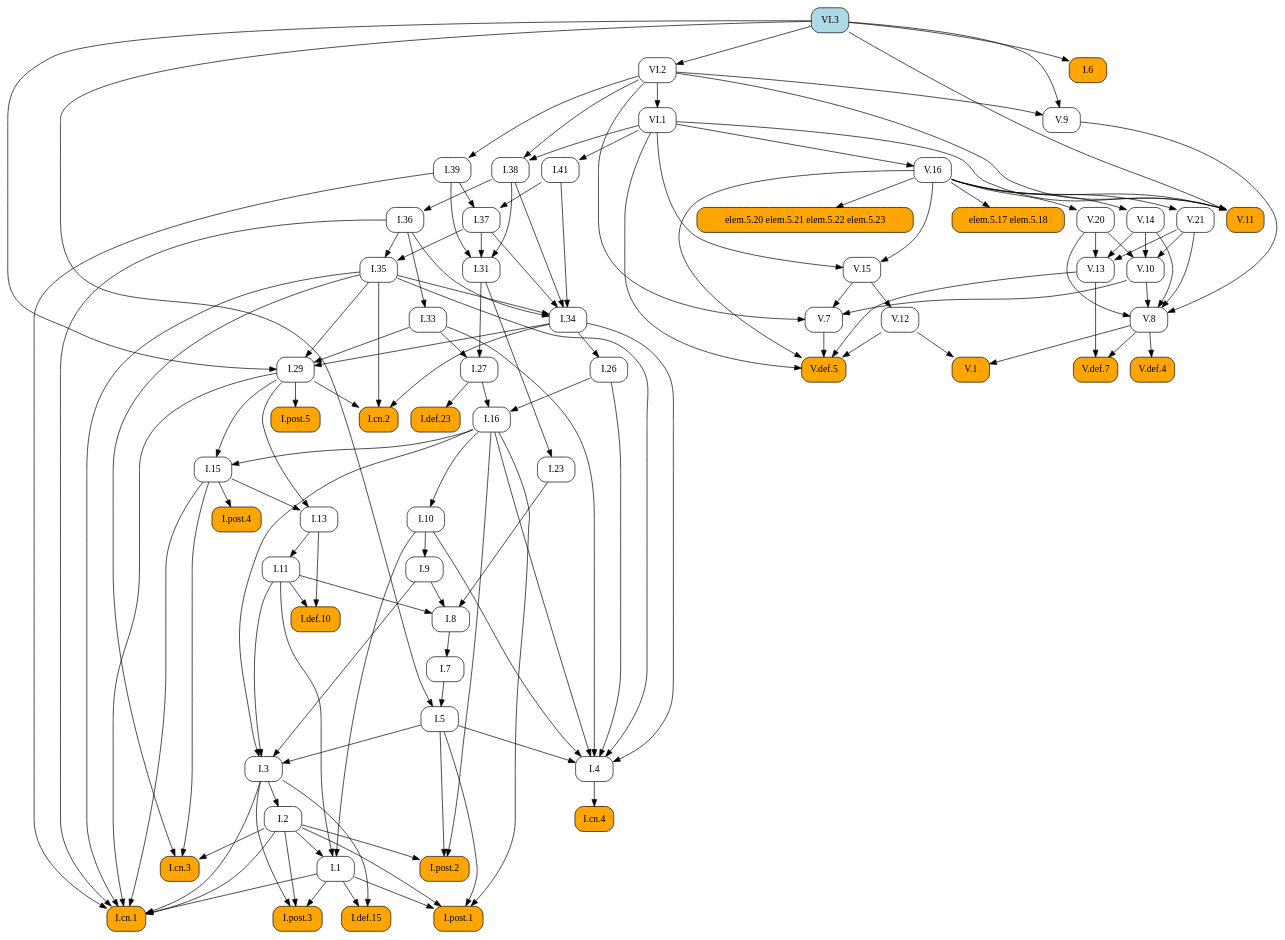
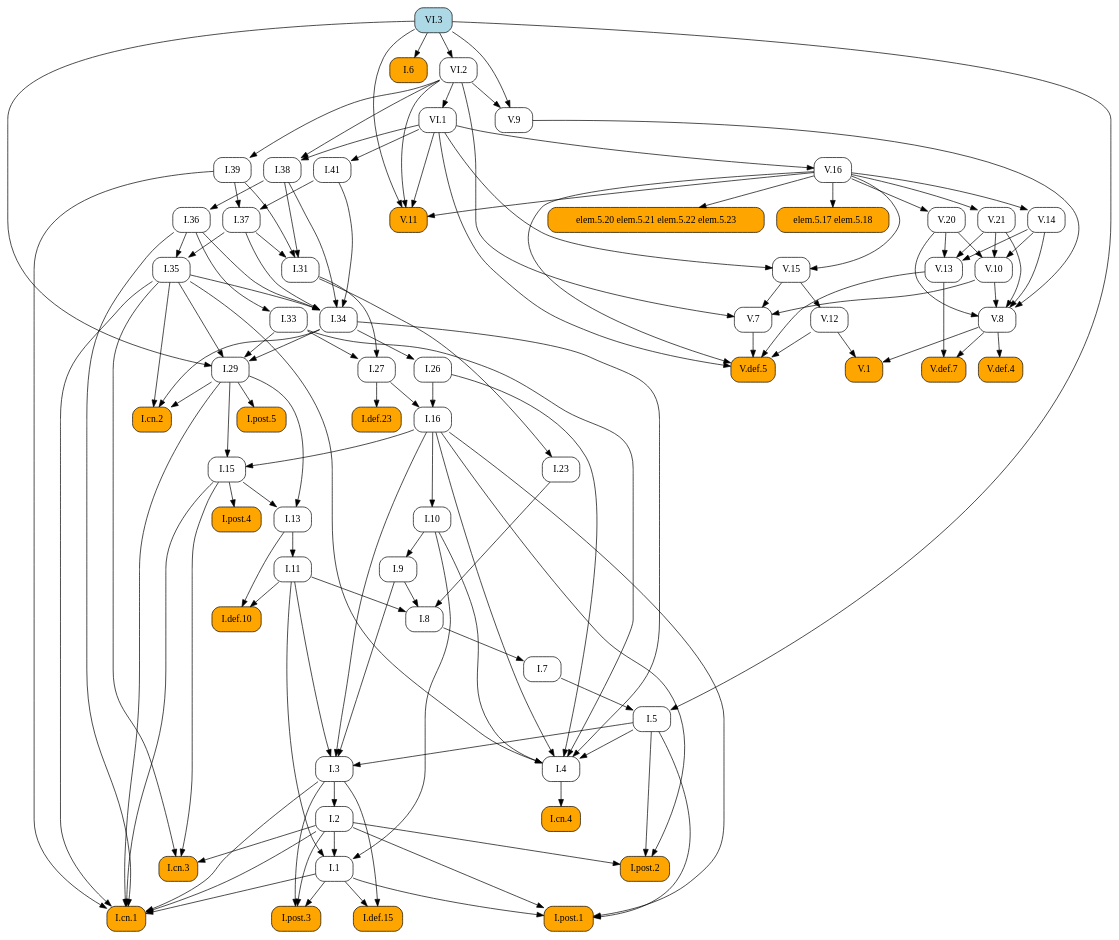
One commit to geometor/elements changed the diagram in docsrc/elements2/VI/3/index.rst. Above: the diagram before and after it, drawn with Graphviz. The commit also changed other lines of this file and 409 other files, not shown here.

First line of the commit message:
feat: Add image cropping and graphic extraction script

```diff
--- a/docsrc/elements2/VI/3/index.rst
+++ b/docsrc/elements2/VI/3/index.rst
@@ -81,141 +81,93 @@
    digraph {
      rankdir="TB";
      node [shape=box, style=rounded];
+     "I.37" [URL="/elements2/I/37/", target="_top"];
+     "V.21" [URL="/elements2/V/21/", target="_top"];
+     "I.31" [URL="/elements2/I/31/", target="_top"];
+     "I.41" [URL="/elements2/I/41/", target="_top"];
      "I.8" [URL="/elements2/I/8/", target="_top"];
+     "V.10" [URL="/elements2/V/10/", target="_top"];
+     "I.5" [URL="/elements2/I/5/", target="_top"];
+     "I.15" [URL="/elements2/I/15/", target="_top"];
+     "V.8" [URL="/elements2/V/8/", target="_top"];
+     "VI.1" [URL="/elements2/VI/1/", target="_top"];
+     "V.def.7" [style="rounded,filled", fillcolor=orange, URL="/elements2/V/def.7/", target="_top"];
+     "V.12" [URL="/elements2/V/12/", target="_top"];
+     "I.26" [URL="/elements2/I/26/", target="_top"];
+     "I.cn.1" [style="rounded,filled", fillcolor=orange, URL="/elements2/I/cn.1/", target="_top"];
+     "elem.5.20 elem.5.21 elem.5.22 elem.5.23" [style="rounded,filled", fillcolor=orange];
+     "I.7" [URL="/elements2/I/7/", target="_top"];
+     "V.def.5" [style="rounded,filled", fillcolor=orange, URL="/elements2/V/def.5/", target="_top"];
+     "I.23" [URL="/elements2/I/23/", target="_top"];
+     "I.16" [URL="/elements2/I/16/", target="_top"];
+     "V.9" [URL="/elements2/V/9/", target="_top"];
+     "I.34" [URL="/elements2/I/34/", target="_top"];
+     "I.35" [URL="/elements2/I/35/", target="_top"];
+     "I.33" [URL="/elements2/I/33/", target="_top"];
+     "V.15" [URL="/elements2/V/15/", target="_top"];
+     "I.6" [style="rounded,filled", fillcolor=orange, URL="/elements2/I/6/", target="_top"];
+     "V.14" [URL="/elements2/V/14/", target="_top"];
+     "I.def.15" [style="rounded,filled", fillcolor=orange, URL="/elements2/I/def.15/", target="_top"];
+     "elem.5.17 elem.5.18" [style="rounded,filled", fillcolor=orange];
+     "I.38" [URL="/elements2/I/38/", target="_top"];
+     "VI.3" [style="rounded,filled", fillcolor=lightblue, URL="/elements2/VI/3/", target="_top"];
+     "I.def.10" [style="rounded,filled", fillcolor=orange, URL="/elements2/I/def.10/", target="_top"];
+     "I.11" [URL="/elements2/I/11/", target="_top"];
+     "I.post.4" [style="rounded,filled", fillcolor=orange, URL="/elements2/I/post.4/", target="_top"];
+     "V.16" [URL="/elements2/V/16/", target="_top"];
      "V.20" [URL="/elements2/V/20/", target="_top"];
+     "I.post.5" [style="rounded,filled", fillcolor=orange, URL="/elements2/I/post.5/", target="_top"];
+     "I.def.23" [style="rounded,filled", fillcolor=orange, URL="/elements2/I/def.23/", target="_top"];
+     "I.3" [URL="/elements2/I/3/", target="_top"];
+     "I.10" [URL="/elements2/I/10/", target="_top"];
+     "V.11" [style="rounded,filled", fillcolor=orange, URL="/elements2/V/11/", target="_top"];
+     "I.cn.3" [style="rounded,filled", fillcolor=orange, URL="/elements2/I/cn.3/", target="_top"];
+     "I.13" [URL="/elements2/I/13/", target="_top"];
+     "I.4" [URL="/elements2/I/4/", target="_top"];
+     "I.post.3" [style="rounded,filled", fillcolor=orange, URL="/elements2/I/post.3/", target="_top"];
+     "I.9" [URL="/elements2/I/9/", target="_top"];
+     "I.29" [URL="/elements2/I/29/", target="_top"];
+     "I.39" [URL="/elements2/I/39/", target="_top"];
      "I.36" [URL="/elements2/I/36/", target="_top"];
-     "V.def.5" [style="rounded,filled", fillcolor=orange, URL="/elements2/V/def.5/", target="_top"];
+     "V.13" [URL="/elements2/V/13/", target="_top"];
      "I.post.1" [style="rounded,filled", fillcolor=orange, URL="/elements2/I/post.1/", target="_top"];
+     "I.2" [URL="/elements2/I/2/", target="_top"];
      "V.def.4" [style="rounded,filled", fillcolor=orange, URL="/elements2/V/def.4/", target="_top"];
-     "I.33" [URL="/elements2/I/33/", target="_top"];
-     "I.5" [URL="/elements2/I/5/", target="_top"];
-     "I.38" [URL="/elements2/I/38/", target="_top"];
-     "I.post.5" [style="rounded,filled", fillcolor=orange, URL="/elements2/I/post.5/", target="_top"];
-     "VI.1" [URL="/elements2/VI/1/", target="_top"];
-     "V.11" [style="rounded,filled", fillcolor=orange, URL="/elements2/V/11/", target="_top"];
-     "I.def.10" [style="rounded,filled", fillcolor=orange, URL="/elements2/I/def.10/", target="_top"];
-     "elem.5.17 elem.5.18" [style="rounded,filled", fillcolor=orange];
-     "V.13" [URL="/elements2/V/13/", target="_top"];
+     "VI.2" [URL="/elements2/VI/2/", target="_top"];
+     "I.27" [URL="/elements2/I/27/", target="_top"];
+     "V.1" [style="rounded,filled", fillcolor=orange, URL="/elements2/V/1/", target="_top"];
+     "I.cn.4" [style="rounded,filled", fillcolor=orange, URL="/elements2/I/cn.4/", target="_top"];
      "I.cn.2" [style="rounded,filled", fillcolor=orange, URL="/elements2/I/cn.2/", target="_top"];
-     "V.9" [URL="/elements2/V/9/", target="_top"];
-     "I.def.15" [style="rounded,filled", fillcolor=orange, URL="/elements2/I/def.15/", target="_top"];
-     "V.16" [URL="/elements2/V/16/", target="_top"];
-     "I.31" [URL="/elements2/I/31/", target="_top"];
-     "V.15" [URL="/elements2/V/15/", target="_top"];
-     "I.11" [URL="/elements2/I/11/", target="_top"];
-     "I.3" [URL="/elements2/I/3/", target="_top"];
+     "V.7" [URL="/elements2/V/7/", target="_top"];
+     "I.1" [URL="/elements2/I/1/", target="_top"];
      "I.post.2" [style="rounded,filled", fillcolor=orange, URL="/elements2/I/post.2/", target="_top"];
-     "I.def.23" [style="rounded,filled", fillcolor=orange, URL="/elements2/I/def.23/", target="_top"];
-     "I.6" [style="rounded,filled", fillcolor=orange, URL="/elements2/I/6/", target="_top"];
-     "I.26" [URL="/elements2/I/26/", target="_top"];
-     "VI.3" [style="rounded,filled", fillcolor=lightblue, URL="/elements2/VI/3/", target="_top"];
-     "V.14" [URL="/elements2/V/14/", target="_top"];
-     "V.10" [URL="/elements2/V/10/", target="_top"];
-     "I.cn.3" [style="rounded,filled", fillcolor=orange, URL="/elements2/I/cn.3/", target="_top"];
-     "I.cn.4" [style="rounded,filled", fillcolor=orange, URL="/elements2/I/cn.4/", target="_top"];
-     "I.1" [URL="/elements2/I/1/", target="_top"];
-     "I.23" [URL="/elements2/I/23/", target="_top"];
-     "I.7" [URL="/elements2/I/7/", target="_top"];
-     "I.9" [URL="/elements2/I/9/", target="_top"];
-     "I.16" [URL="/elements2/I/16/", target="_top"];
-     "V.7" [URL="/elements2/V/7/", target="_top"];
-     "I.cn.1" [style="rounded,filled", fillcolor=orange, URL="/elements2/I/cn.1/", target="_top"];
-     "I.29" [URL="/elements2/I/29/", target="_top"];
-     "I.post.4" [style="rounded,filled", fillcolor=orange, URL="/elements2/I/post.4/", target="_top"];
-     "V.1" [style="rounded,filled", fillcolor=orange, URL="/elements2/V/1/", target="_top"];
-     "I.13" [URL="/elements2/I/13/", target="_top"];
-     "V.12" [URL="/elements2/V/12/", target="_top"];
-     "V.21" [URL="/elements2/V/21/", target="_top"];
-     "I.41" [URL="/elements2/I/41/", target="_top"];
-     "I.35" [URL="/elements2/I/35/", target="_top"];
-     "I.2" [URL="/elements2/I/2/", target="_top"];
-     "elem.5.20 elem.5.21 elem.5.22 elem.5.23" [style="rounded,filled", fillcolor=orange];
-     "I.37" [URL="/elements2/I/37/", target="_top"];
-     "I.27" [URL="/elements2/I/27/", target="_top"];
-     "I.4" [URL="/elements2/I/4/", target="_top"];
-     "V.8" [URL="/elements2/V/8/", target="_top"];
-     "VI.2" [URL="/elements2/VI/2/", target="_top"];
-     "I.39" [URL="/elements2/I/39/", target="_top"];
-     "I.10" [URL="/elements2/I/10/", target="_top"];
-     "I.15" [URL="/elements2/I/15/", target="_top"];
-     "I.34" [URL="/elements2/I/34/", target="_top"];
-     "V.def.7" [style="rounded,filled", fillcolor=orange, URL="/elements2/V/def.7/", target="_top"];
-     "I.post.3" [style="rounded,filled", fillcolor=orange, URL="/elements2/I/post.3/", target="_top"];
+     "I.39" -> "I.37";
+     "I.41" -> "I.37";
+     "V.16" -> "V.21";
+     "I.37" -> "I.31";
+     "I.38" -> "I.31";
+     "I.39" -> "I.31";
+     "VI.1" -> "I.41";
      "I.9" -> "I.8";
      "I.11" -> "I.8";
      "I.23" -> "I.8";
-     "V.16" -> "V.20";
-     "I.38" -> "I.36";
-     "V.7" -> "V.def.5";
-     "V.12" -> "V.def.5";
-     "V.13" -> "V.def.5";
-     "V.16" -> "V.def.5";
-     "VI.1" -> "V.def.5";
-     "I.1" -> "I.post.1";
-     "I.2" -> "I.post.1";
-     "I.5" -> "I.post.1";
-     "I.16" -> "I.post.1";
-     "V.8" -> "V.def.4";
-     "I.36" -> "I.33";
-     "I.7" -> "I.5";
-     "VI.3" -> "I.5";
-     "VI.1" -> "I.38";
-     "VI.2" -> "I.38";
-     "I.29" -> "I.post.5";
-     "VI.2" -> "VI.1";
-     "V.16" -> "V.11";
-     "VI.1" -> "V.11";
-     "VI.2" -> "V.11";
-     "VI.3" -> "V.11";
-     "I.11" -> "I.def.10";
-     "I.13" -> "I.def.10";
-     "V.16" -> "elem.5.17 elem.5.18";
-     "V.14" -> "V.13";
-     "V.20" -> "V.13";
-     "V.21" -> "V.13";
-     "I.29" -> "I.cn.2";
-     "I.34" -> "I.cn.2";
-     "I.35" -> "I.cn.2";
-     "VI.2" -> "V.9";
-     "VI.3" -> "V.9";
-     "I.1" -> "I.def.15";
-     "I.3" -> "I.def.15";
-     "VI.1" -> "V.16";
-     "I.37" -> "I.31";
-     "I.38" -> "I.31";
-     "I.39" -> "I.31";
-     "V.16" -> "V.15";
-     "VI.1" -> "V.15";
-     "I.13" -> "I.11";
-     "I.5" -> "I.3";
-     "I.9" -> "I.3";
-     "I.11" -> "I.3";
-     "I.16" -> "I.3";
-     "I.2" -> "I.post.2";
-     "I.5" -> "I.post.2";
-     "I.16" -> "I.post.2";
-     "I.27" -> "I.def.23";
-     "VI.3" -> "I.6";
-     "I.34" -> "I.26";
-     "V.16" -> "V.14";
      "V.14" -> "V.10";
      "V.20" -> "V.10";
      "V.21" -> "V.10";
-     "I.2" -> "I.cn.3";
-     "I.15" -> "I.cn.3";
-     "I.35" -> "I.cn.3";
-     "I.4" -> "I.cn.4";
-     "I.2" -> "I.1";
-     "I.10" -> "I.1";
-     "I.11" -> "I.1";
-     "I.31" -> "I.23";
-     "I.8" -> "I.7";
-     "I.10" -> "I.9";
-     "I.26" -> "I.16";
-     "I.27" -> "I.16";
-     "V.10" -> "V.7";
-     "V.15" -> "V.7";
-     "VI.2" -> "V.7";
+     "I.7" -> "I.5";
+     "VI.3" -> "I.5";
+     "I.16" -> "I.15";
+     "I.29" -> "I.15";
+     "V.9" -> "V.8";
+     "V.10" -> "V.8";
+     "V.14" -> "V.8";
+     "V.20" -> "V.8";
+     "V.21" -> "V.8";
+     "VI.2" -> "VI.1";
+     "V.8" -> "V.def.7";
+     "V.13" -> "V.def.7";
+     "V.15" -> "V.12";
+     "I.34" -> "I.26";
      "I.1" -> "I.cn.1";
      "I.2" -> "I.cn.1";
      "I.3" -> "I.cn.1";
@@ -224,26 +176,57 @@
      "I.35" -> "I.cn.1";
      "I.36" -> "I.cn.1";
      "I.39" -> "I.cn.1";
-     "I.33" -> "I.29";
-     "I.34" -> "I.29";
-     "I.35" -> "I.29";
-     "VI.3" -> "I.29";
+     "V.16" -> "elem.5.20 elem.5.21 elem.5.22 elem.5.23";
+     "I.8" -> "I.7";
+     "V.7" -> "V.def.5";
+     "V.12" -> "V.def.5";
+     "V.13" -> "V.def.5";
+     "V.16" -> "V.def.5";
+     "VI.1" -> "V.def.5";
+     "I.31" -> "I.23";
+     "I.26" -> "I.16";
+     "I.27" -> "I.16";
+     "VI.2" -> "V.9";
+     "VI.3" -> "V.9";
+     "I.35" -> "I.34";
+     "I.36" -> "I.34";
+     "I.37" -> "I.34";
+     "I.38" -> "I.34";
+     "I.41" -> "I.34";
+     "I.36" -> "I.35";
+     "I.37" -> "I.35";
+     "I.36" -> "I.33";
+     "V.16" -> "V.15";
+     "VI.1" -> "V.15";
+     "VI.3" -> "I.6";
+     "V.16" -> "V.14";
+     "I.1" -> "I.def.15";
+     "I.3" -> "I.def.15";
+     "V.16" -> "elem.5.17 elem.5.18";
+     "VI.1" -> "I.38";
+     "VI.2" -> "I.38";
+     "I.11" -> "I.def.10";
+     "I.13" -> "I.def.10";
+     "I.13" -> "I.11";
      "I.15" -> "I.post.4";
-     "V.8" -> "V.1";
-     "V.12" -> "V.1";
+     "VI.1" -> "V.16";
+     "V.16" -> "V.20";
+     "I.29" -> "I.post.5";
+     "I.27" -> "I.def.23";
+     "I.5" -> "I.3";
+     "I.9" -> "I.3";
+     "I.11" -> "I.3";
+     "I.16" -> "I.3";
+     "I.16" -> "I.10";
+     "V.16" -> "V.11";
+     "VI.1" -> "V.11";
+     "VI.2" -> "V.11";
+     "VI.3" -> "V.11";
+     "I.2" -> "I.cn.3";
+     "I.15" -> "I.cn.3";
+     "I.35" -> "I.cn.3";
      "I.15" -> "I.13";
      "I.29" -> "I.13";
-     "V.15" -> "V.12";
-     "V.16" -> "V.21";
-     "VI.1" -> "I.41";
-     "I.36" -> "I.35";
-     "I.37" -> "I.35";
-     "I.3" -> "I.2";
-     "V.16" -> "elem.5.20 elem.5.21 elem.5.22 elem.5.23";
-     "I.39" -> "I.37";
-     "I.41" -> "I.37";
-     "I.31" -> "I.27";
-     "I.33" -> "I.27";
      "I.5" -> "I.4";
      "I.10" -> "I.4";
      "I.16" -> "I.4";
@@ -251,24 +234,41 @@
      "I.33" -> "I.4";
      "I.34" -> "I.4";
      "I.35" -> "I.4";
-     "V.9" -> "V.8";
-     "V.10" -> "V.8";
-     "V.14" -> "V.8";
-     "V.20" -> "V.8";
-     "V.21" -> "V.8";
-     "VI.3" -> "VI.2";
-     "VI.2" -> "I.39";
-     "I.16" -> "I.10";
-     "I.16" -> "I.15";
-     "I.29" -> "I.15";
-     "I.35" -> "I.34";
-     "I.36" -> "I.34";
-     "I.37" -> "I.34";
-     "I.38" -> "I.34";
-     "I.41" -> "I.34";
-     "V.8" -> "V.def.7";
-     "V.13" -> "V.def.7";
      "I.1" -> "I.post.3";
      "I.2" -> "I.post.3";
      "I.3" -> "I.post.3";
+     "I.10" -> "I.9";
+     "I.33" -> "I.29";
+     "I.34" -> "I.29";
+     "I.35" -> "I.29";
+     "VI.3" -> "I.29";
+     "VI.2" -> "I.39";
+     "I.38" -> "I.36";
+     "V.14" -> "V.13";
+     "V.20" -> "V.13";
+     "V.21" -> "V.13";
+     "I.1" -> "I.post.1";
+     "I.2" -> "I.post.1";
+     "I.5" -> "I.post.1";
+     "I.16" -> "I.post.1";
+     "I.3" -> "I.2";
+     "V.8" -> "V.def.4";
+     "VI.3" -> "VI.2";
+     "I.31" -> "I.27";
+     "I.33" -> "I.27";
+     "V.8" -> "V.1";
+     "V.12" -> "V.1";
+     "I.4" -> "I.cn.4";
+     "I.29" -> "I.cn.2";
+     "I.34" -> "I.cn.2";
+     "I.35" -> "I.cn.2";
+     "V.10" -> "V.7";
+     "V.15" -> "V.7";
+     "VI.2" -> "V.7";
+     "I.2" -> "I.1";
+     "I.10" -> "I.1";
+     "I.11" -> "I.1";
+     "I.2" -> "I.post.2";
+     "I.5" -> "I.post.2";
+     "I.16" -> "I.post.2";
    }
```
